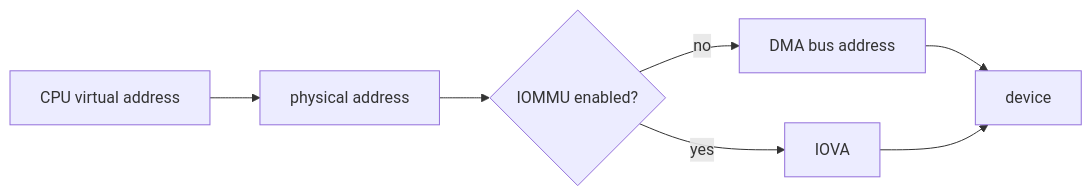
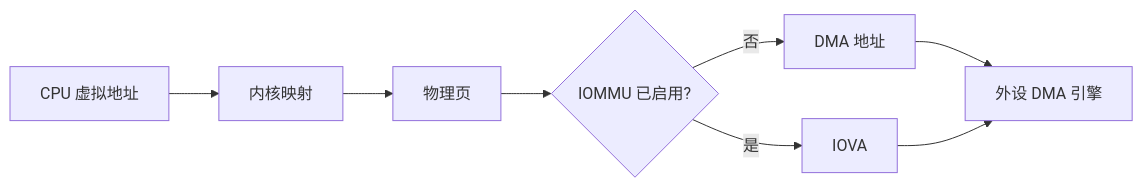
The first of 17 diagrams in docs/articles/bsp/bsp-26-dma-cache-coherency.md (cdragon-ljl/EEandEdgeAI), drawn with Mermaid before and after one commit. The commit also changed other lines of this file and 25 other files, not shown here.

````diff
--- a/docs/articles/bsp/bsp-26-dma-cache-coherency.md
+++ b/docs/articles/bsp/bsp-26-dma-cache-coherency.md
@@ -15,9 +41,10 @@
 ```mermaid
 flowchart LR
-    A[CPU virtual address] --> B[physical address]
-    B --> C{IOMMU enabled?}
-    C -- no --> D[DMA bus address]
-    C -- yes --> E[IOVA]
-    D --> F[device]
-    E --> F
+    A[CPU 虚拟地址] --> B[内核映射]
+    B --> C[物理页]
+    C --> D{IOMMU 已启用?}
+    D -- 否 --> E[DMA 地址]
+    D -- 是 --> F[IOVA]
+    E --> G[外设 DMA 引擎]
+    F --> G
 ```
````
